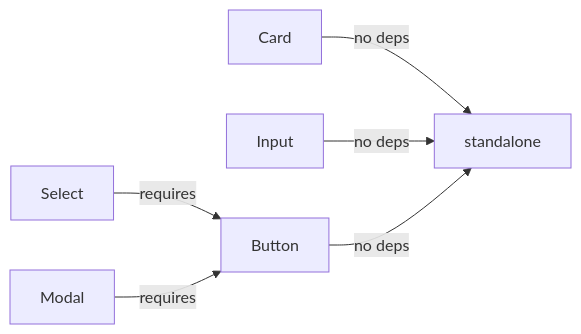
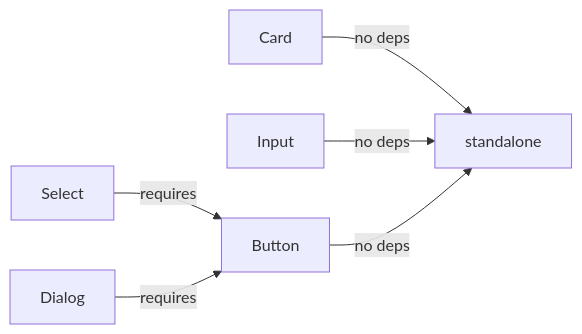
The fifth of 12 diagrams in ARCHITECTURE.md (Naveen2070/project_crucible), drawn with Mermaid before and after one commit. The commit also changed other lines of this file and 41 other files, not shown here.

Commit message:
chore: Phase 2 - Rename Modal to Dialog

````diff
--- a/ARCHITECTURE.md
+++ b/ARCHITECTURE.md
@@ -374,8 +374,8 @@
 ```mermaid
 graph LR
     Select -->|requires| Button
-    Modal -->|requires| Button
+    Dialog -->|requires| Button
     Card -->|no deps| NONE[standalone]
     Input -->|no deps| NONE
     Button -->|no deps| NONE
 ```
````
